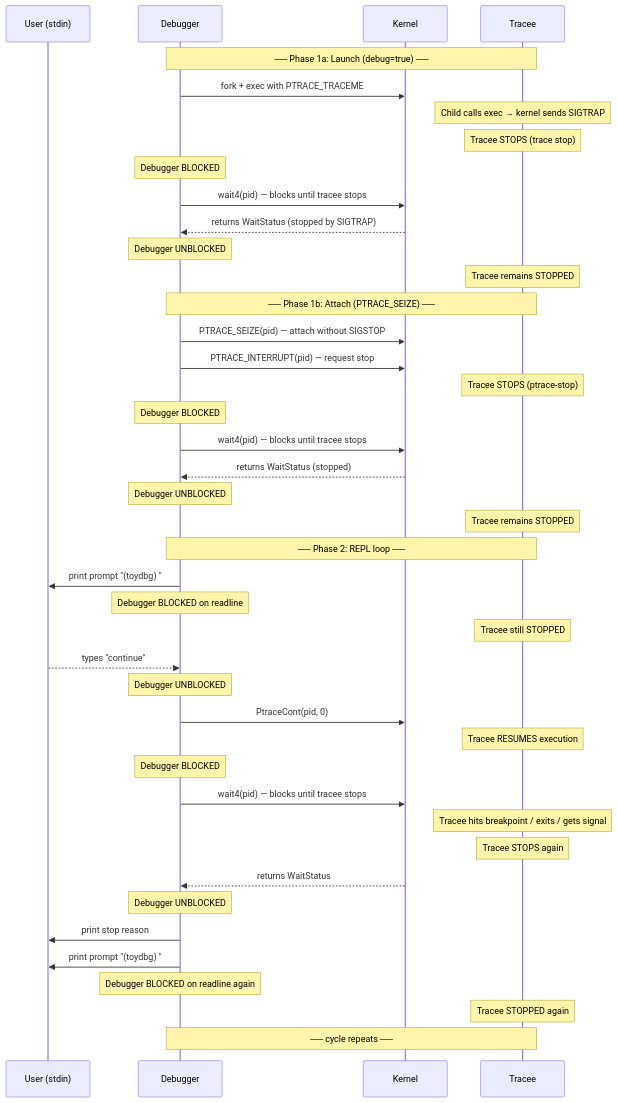
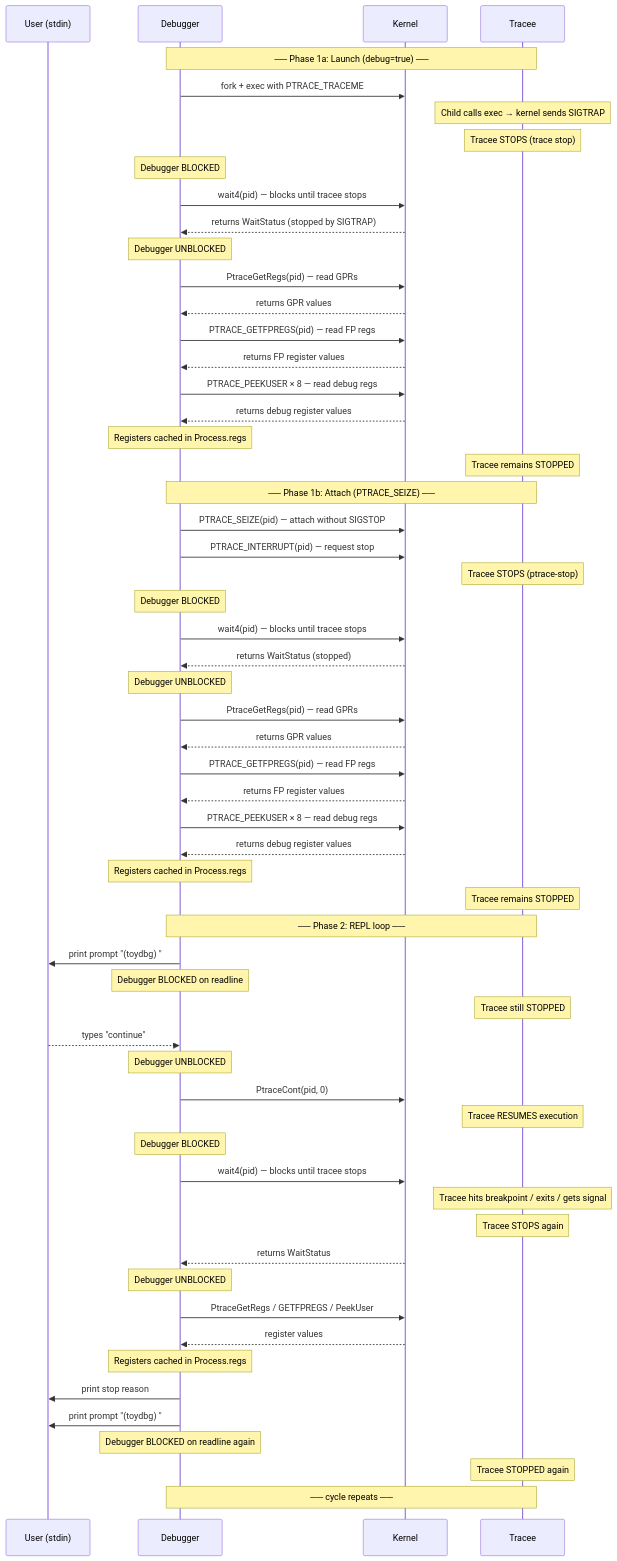
Before and after one commit to stevanovicmarko/x86-64-toy-debugger: the diagram in docs/sequence-diagram.mmd, drawn with Mermaid. The commit also changed 7 other files, not shown here.

Commit message:
feat: Introduce x86-64 Linux register access via new ptrace functions and a detailed register information system.

```diff
--- a/docs/sequence-diagram.mmd
+++ b/docs/sequence-diagram.mmd
@@ -1,47 +1,64 @@
 sequenceDiagram
     participant U as User (stdin)
     participant D as Debugger
     participant K as Kernel
     participant T as Tracee
 
     Note over D,T: ── Phase 1a: Launch (debug=true) ──
     D->>K: fork + exec with PTRACE_TRACEME
     Note over T: Child calls exec → kernel sends SIGTRAP
     Note over T: Tracee STOPS (trace stop)
     Note over D: Debugger BLOCKED
     D->>K: wait4(pid) — blocks until tracee stops
     K-->>D: returns WaitStatus (stopped by SIGTRAP)
     Note over D: Debugger UNBLOCKED
+    D->>K: PtraceGetRegs(pid) — read GPRs
+    K-->>D: returns GPR values
+    D->>K: PTRACE_GETFPREGS(pid) — read FP regs
+    K-->>D: returns FP register values
+    D->>K: PTRACE_PEEKUSER × 8 — read debug regs
+    K-->>D: returns debug register values
+    Note over D: Registers cached in Process.regs
     Note over T: Tracee remains STOPPED
 
     Note over D,T: ── Phase 1b: Attach (PTRACE_SEIZE) ──
     D->>K: PTRACE_SEIZE(pid) — attach without SIGSTOP
     D->>K: PTRACE_INTERRUPT(pid) — request stop
     Note over T: Tracee STOPS (ptrace-stop)
     Note over D: Debugger BLOCKED
     D->>K: wait4(pid) — blocks until tracee stops
     K-->>D: returns WaitStatus (stopped)
     Note over D: Debugger UNBLOCKED
+    D->>K: PtraceGetRegs(pid) — read GPRs
+    K-->>D: returns GPR values
+    D->>K: PTRACE_GETFPREGS(pid) — read FP regs
+    K-->>D: returns FP register values
+    D->>K: PTRACE_PEEKUSER × 8 — read debug regs
+    K-->>D: returns debug register values
+    Note over D: Registers cached in Process.regs
     Note over T: Tracee remains STOPPED
 
     Note over D,T: ── Phase 2: REPL loop ──
     D->>U: print prompt "(toydbg) "
     Note over D: Debugger BLOCKED on readline
     Note over T: Tracee still STOPPED
     U-->>D: types "continue"
     Note over D: Debugger UNBLOCKED
 
     D->>K: PtraceCont(pid, 0)
     Note over T: Tracee RESUMES execution
     Note over D: Debugger BLOCKED
     D->>K: wait4(pid) — blocks until tracee stops
     Note over T: Tracee hits breakpoint / exits / gets signal
     Note over T: Tracee STOPS again
     K-->>D: returns WaitStatus
     Note over D: Debugger UNBLOCKED
+    D->>K: PtraceGetRegs / GETFPREGS / PeekUser
+    K-->>D: register values
+    Note over D: Registers cached in Process.regs
 
     D->>U: print stop reason
     D->>U: print prompt "(toydbg) "
     Note over D: Debugger BLOCKED on readline again
     Note over T: Tracee STOPPED again
     Note over D,T: ── cycle repeats ──
```
